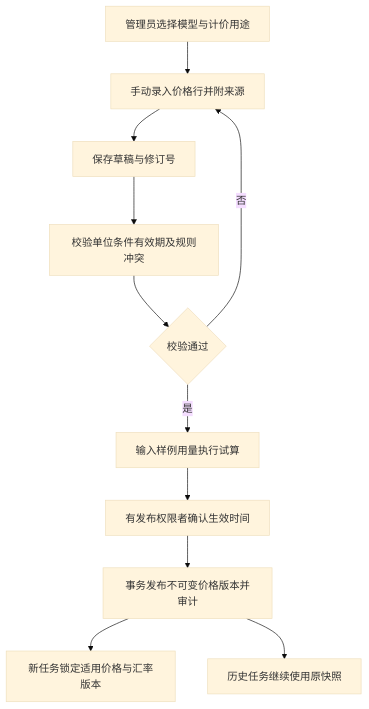
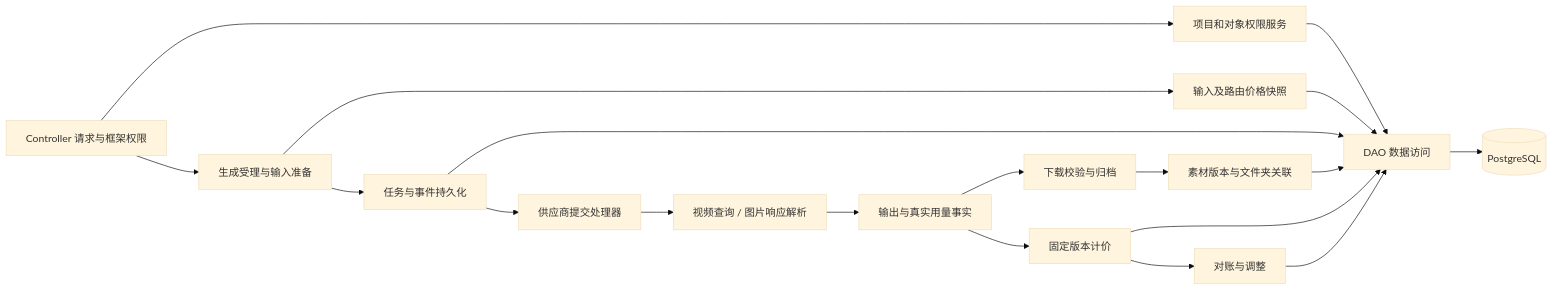
The third of 8 diagrams in docs/技术架构方案.md (pleasureswx123/higgsfield), drawn with Mermaid (base theme) before and after one commit. The commit also changed other lines of this file and 72 other files, not shown here.

````diff
--- a/docs/技术架构方案.md
+++ b/docs/技术架构方案.md
@@ -709,13 +67,21 @@
 ```mermaid
-flowchart TD
-    A[管理员选择模型与计价用途] --> B[手动录入价格行并附来源]
-    B --> C[保存草稿与修订号]
-    C --> D[校验单位条件有效期及规则冲突]
-    D --> E{校验通过}
-    E -->|否| B
-    E -->|是| F[输入样例用量执行试算]
-    F --> G[有发布权限者确认生效时间]
-    G --> H[事务发布不可变价格版本并审计]
-    H --> I[新任务锁定适用价格与汇率版本]
-    H --> J[历史任务继续使用原快照]
+flowchart LR
+  CT[Controller 请求与框架权限] --> AUTH[项目和对象权限服务]
+  CT --> GEN[生成受理与输入准备]
+  GEN --> SNAP[输入及路由价格快照]
+  GEN --> JOB[任务与事件持久化]
+  JOB --> SUB[供应商提交处理器]
+  SUB --> POLL[视频查询 / 图片响应解析]
+  POLL --> FACT[输出与真实用量事实]
+  FACT --> ARC[下载校验与归档]
+  ARC --> BIND[素材版本与文件夹关联]
+  FACT --> BILL[固定版本计价]
+  BILL --> REC[对账与调整]
+  AUTH --> DAO[DAO 数据访问]
+  SNAP --> DAO
+  JOB --> DAO
+  BIND --> DAO
+  BILL --> DAO
+  REC --> DAO
+  DAO --> PG[(PostgreSQL)]
 ```
````
